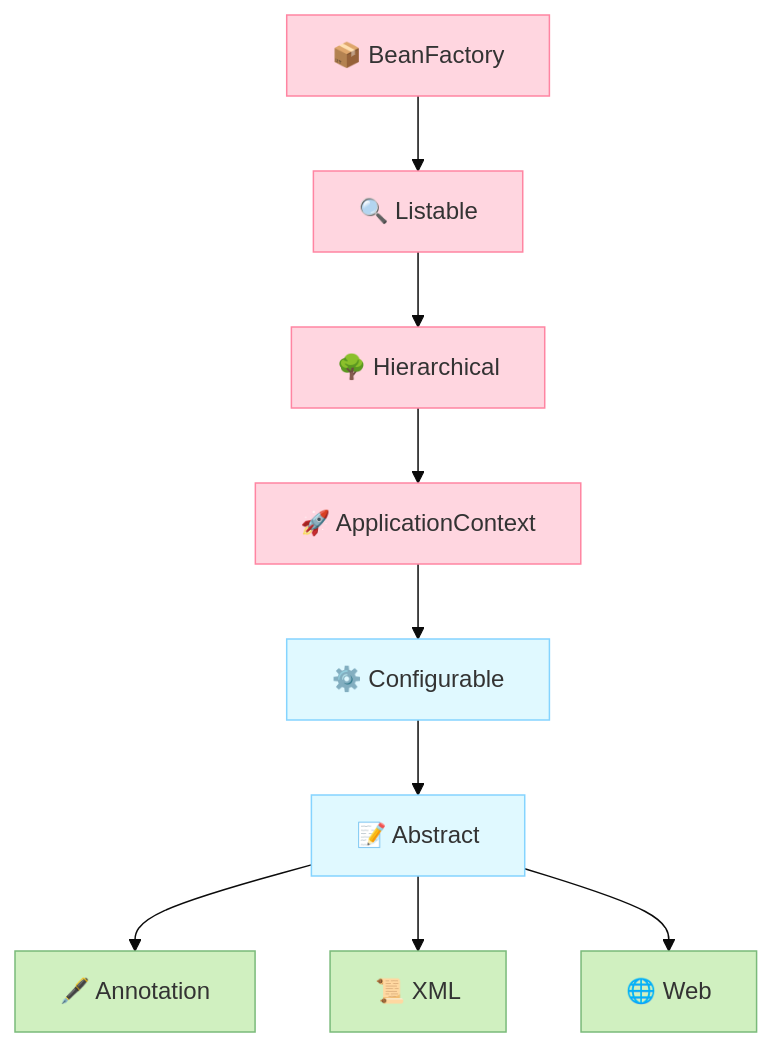
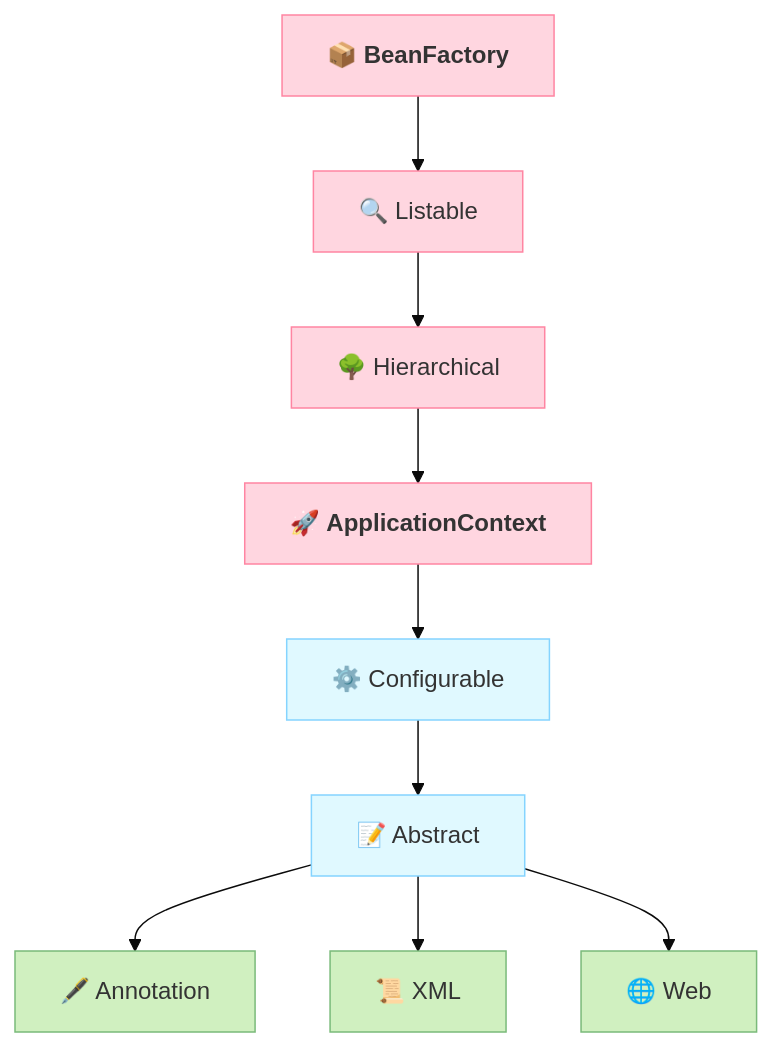
One commit to yury-connect/ITM_task026_Java_Podgotovka_k_INTERVJU changed the first of 3 diagrams in ITM/ITM06_Spring/otc/BeanFactory_VS_ApplicationContext.md. Above: the diagram before and after it, drawn with Mermaid (base theme).

Commit message:
Spring: save _all

````diff
--- a/ITM/ITM06_Spring/otc/BeanFactory_VS_ApplicationContext.md
+++ b/ITM/ITM06_Spring/otc/BeanFactory_VS_ApplicationContext.md
@@ -7,19 +7,19 @@
 ```mermaid
 graph TD
-    A[📦 BeanFactory] --> B[🔍 Listable]
+    A[📦 <b>BeanFactory</b>] --> B[🔍 Listable]
     B --> C[🌳 Hierarchical]
-    C --> D[🚀 ApplicationContext]
+    C --> D[🚀 <b>ApplicationContext</b>]
     D --> E[⚙️ Configurable]
     E --> F[📝 Abstract]
     F --> G[🖋️ Annotation]
     F --> H[📜 XML]
     F --> I[🌐 Web]
     
     classDef interface fill:#FFD6E0,stroke:#FF85A2;
     classDef abstract fill:#E0F9FF,stroke:#85D4FF;
     classDef impl fill:#D0F0C0,stroke:#7ABA7A;
     
     class A,B,C,D interface;
     class E,F abstract;
     class G,H,I impl;
 ```
````
